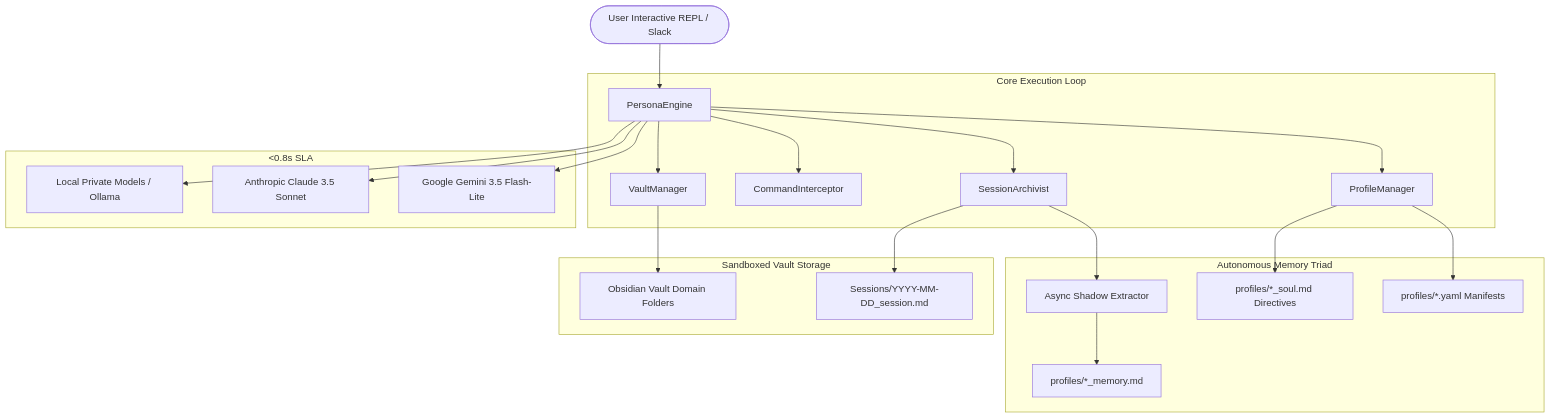
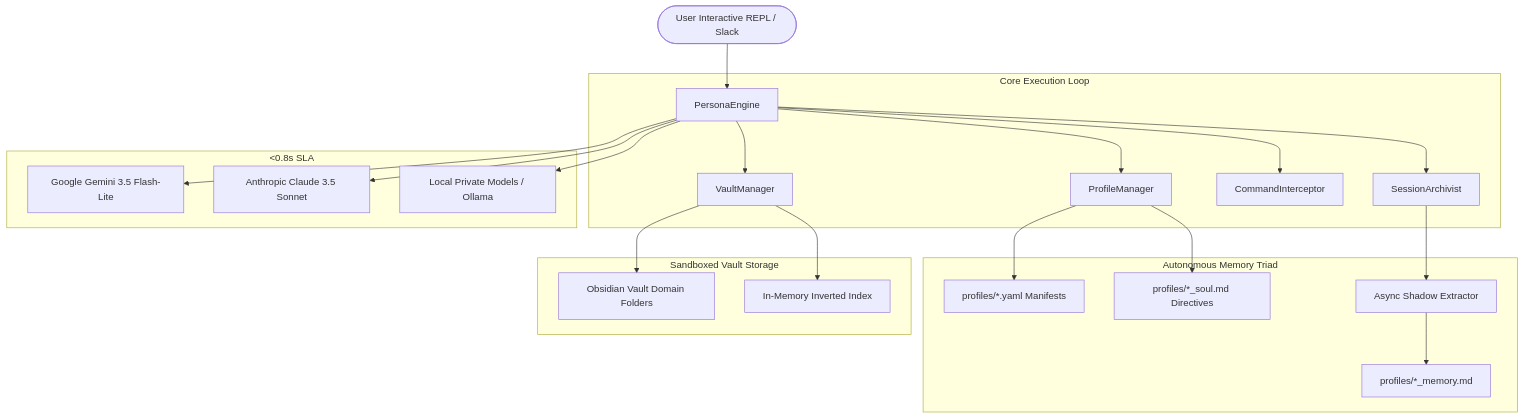
One commit to studiodamiro/sympose changed the diagram in docs/wiki/index.md. Above: the diagram before and after it, drawn with Mermaid. The commit also changed other lines of this file and 128 other files, not shown here.

````diff
--- a/docs/wiki/index.md
+++ b/docs/wiki/index.md
@@ -22,29 +20,29 @@
 ```mermaid
 graph TD
     User([User Interactive REPL / Slack]) --> Engine[PersonaEngine]
-    
+
     subgraph Core Execution Loop
         Engine --> PM[ProfileManager]
         Engine --> Archivist[SessionArchivist]
         Engine --> Cmds[CommandInterceptor]
         Engine --> VM[VaultManager]
     end
-    
+
     subgraph Multi-Model Layer [<0.8s SLA]
         Engine --> Gemini[Google Gemini 3.5 Flash-Lite]
         Engine --> Claude[Anthropic Claude 3.5 Sonnet]
         Engine --> Ollama[Local Private Models / Ollama]
     end
-    
+
     subgraph Autonomous Memory Triad
         PM --> Manifests[profiles/*.yaml Manifests]
         PM --> Souls[profiles/*_soul.md Directives]
         Archivist --> Shadow[Async Shadow Extractor]
         Shadow --> Memory[profiles/*_memory.md]
     end
-    
+
     subgraph Sandboxed Vault Storage
         VM --> Notes[Obsidian Vault Domain Folders]
-        Archivist --> Sessions[Sessions/YYYY-MM-DD_session.md]
+        VM --> Backlinks[In-Memory Inverted Index]
     end
 ```
````
